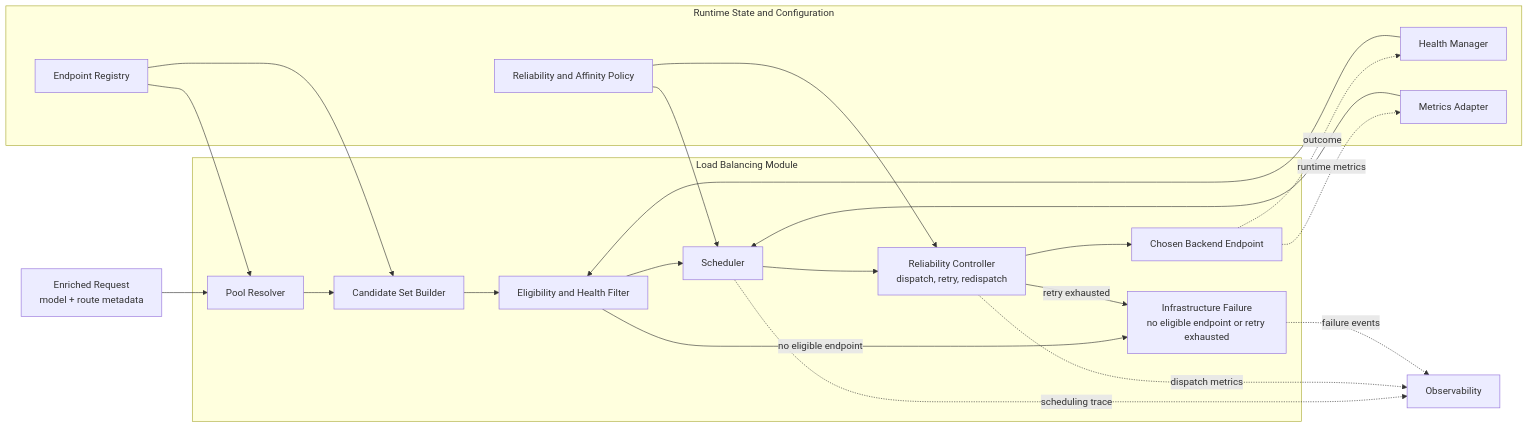
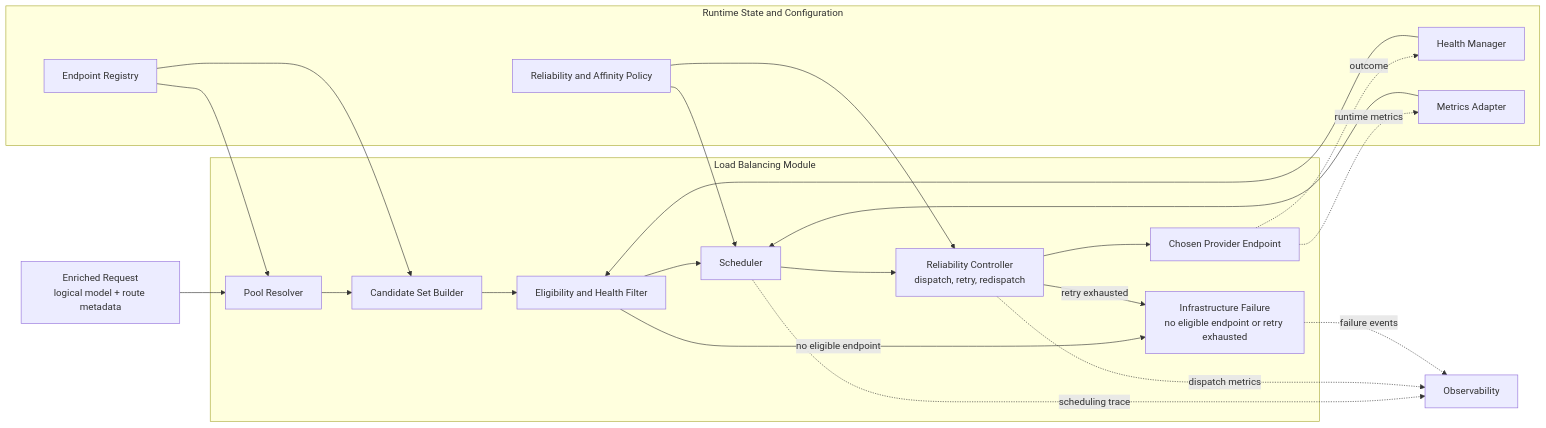
The second of 2 diagrams in load_balancing_module.md (puyanguvic/semenatic_routing_and_load_balance), drawn with Mermaid before and after one commit. The commit also changed other lines of this file and 2 other files, not shown here.

Commit message:
Clarify two-stage routing architecture and add overview diagrams

````diff
--- a/load_balancing_module.md
+++ b/load_balancing_module.md
@@ -117,40 +141,40 @@
 ```mermaid
 flowchart LR
-    Request[Enriched Request<br/>model + route metadata]
+    Request[Enriched Request<br/>logical model + route metadata]
 
     subgraph Runtime[Runtime State and Configuration]
         Registry[Endpoint Registry]
         Health[Health Manager]
         Metrics[Metrics Adapter]
         Policy[Reliability and Affinity Policy]
     end
 
     subgraph LB[Load Balancing Module]
         Pool[Pool Resolver]
         Candidates[Candidate Set Builder]
         Filter[Eligibility and Health Filter]
         Scheduler[Scheduler]
         Dispatch[Reliability Controller<br/>dispatch, retry, redispatch]
-        Backend[Chosen Backend Endpoint]
+        Backend[Chosen Provider Endpoint]
         Failure[Infrastructure Failure<br/>no eligible endpoint or retry exhausted]
     end
 
     Obs[Observability]
 
     Request --> Pool --> Candidates --> Filter --> Scheduler --> Dispatch --> Backend
     Registry --> Pool
     Registry --> Candidates
     Health --> Filter
     Metrics --> Scheduler
     Policy --> Scheduler
     Policy --> Dispatch
 
     Filter -->|no eligible endpoint| Failure
     Dispatch -->|retry exhausted| Failure
 
     Backend -. outcome .-> Health
     Backend -. runtime metrics .-> Metrics
     Scheduler -. scheduling trace .-> Obs
     Dispatch -. dispatch metrics .-> Obs
     Failure -. failure events .-> Obs
 ```
````
